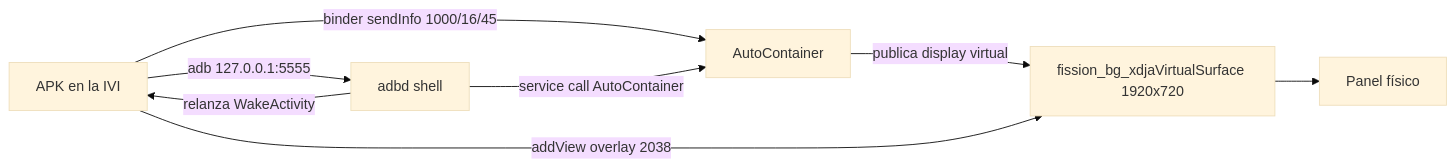
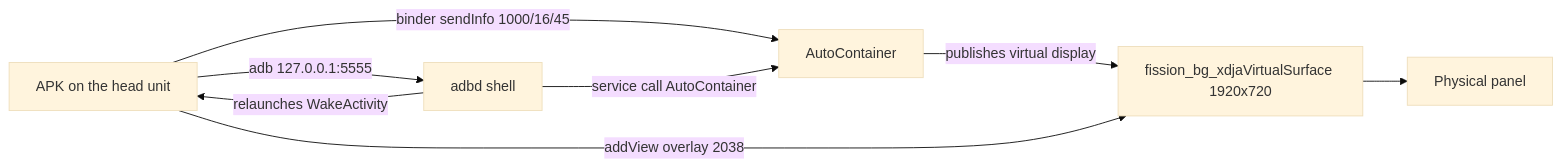
Before and after one commit to JErazo7/byd-cluster-dashboard: the diagram in docs/AGENT-IMPLEMENTATION-GUIDE.md, drawn with Mermaid (base theme). The commit also changed other lines of this file and 3 other files, not shown here.

````diff
--- a/docs/AGENT-IMPLEMENTATION-GUIDE.md
+++ b/docs/AGENT-IMPLEMENTATION-GUIDE.md
@@ -24,10 +25,10 @@
 ```mermaid
 flowchart LR
-  A[APK en la IVI] -->|binder sendInfo 1000/16/45| C[AutoContainer]
-  C -->|publica display virtual| D[fission_bg_xdjaVirtualSurface 1920x720]
+  A[APK on the head unit] -->|binder sendInfo 1000/16/45| C[AutoContainer]
+  C -->|publishes virtual display| D[fission_bg_xdjaVirtualSurface 1920x720]
   A -->|addView overlay 2038| D
   A -->|adb 127.0.0.1:5555| S[adbd shell]
   S -->|service call AutoContainer| C
-  S -->|relanza WakeActivity| A
-  D --> P[Panel físico]
+  S -->|relaunches WakeActivity| A
+  D --> P[Physical panel]
 ```
````
